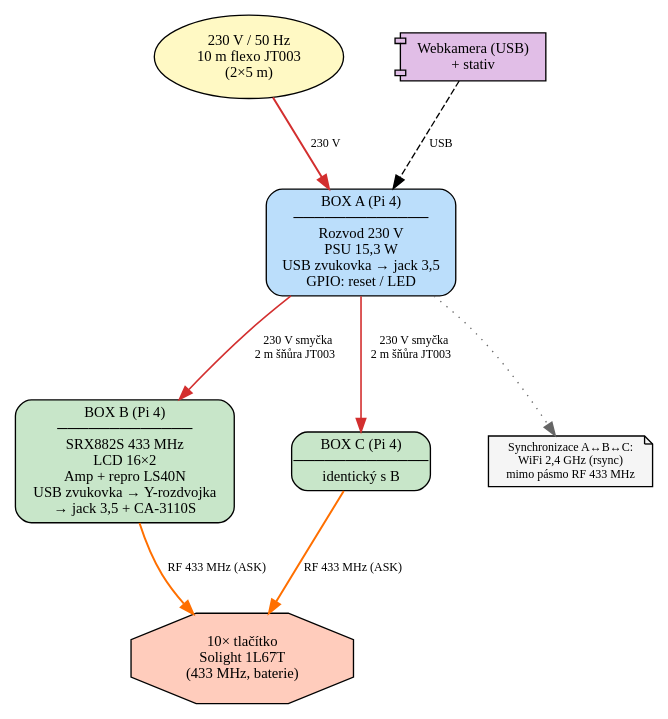
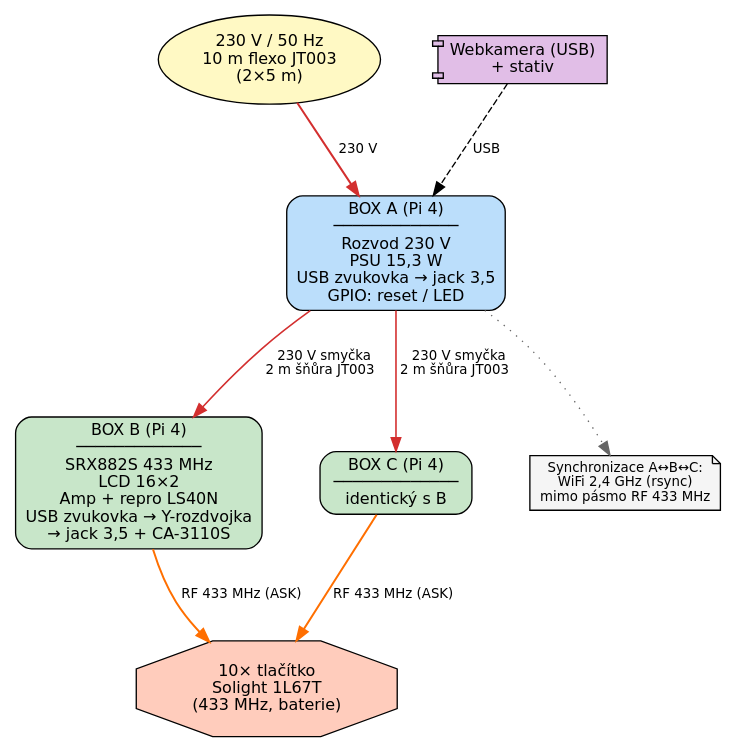
One commit to K0F/1938_ABC changed the diagram in docs/dot/sch_01_system_block.dot. Above: the diagram before and after it, drawn with Graphviz. The commit also changed 20 other files, not shown here.

First line of the commit message:
docs: fix PDF rendering, readable diagram fonts, own PSU per box

```diff
--- a/docs/dot/sch_01_system_block.dot
+++ b/docs/dot/sch_01_system_block.dot
@@ -1,30 +1,30 @@
 // SCH §1 — Blokové schéma systému
 digraph G {
-    graph [fontname="Terminus" rankdir=TB bgcolor="white" nodesep=0.6 ranksep=0.8];
-node [fontname="Terminus" fontsize=11 style="filled"];
-edge [fontname="Terminus" fontsize=9];
+    graph [fontname="DejaVu Sans" rankdir=TB bgcolor="white" nodesep=0.6 ranksep=0.8];
+node [fontname="DejaVu Sans" fontsize=12 style="filled"];
+edge [fontname="DejaVu Sans" fontsize=10];
 
 // 230V source
 net230v [label="230 V / 50 Hz\n10 m flexo JT003\n(2×5 m)" shape=oval fillcolor="#fff9c4"];
 
 // Boxes
 boxA [label="BOX A (Pi 4)\n─────────────\nRozvod 230 V\nPSU 15,3 W\nUSB zvukovka → jack 3,5\nGPIO: reset / LED" shape=box style="filled,rounded" fillcolor="#bbdefb"];
 boxB [label="BOX B (Pi 4)\n─────────────\nSRX882S 433 MHz\nLCD 16×2\nAmp + repro LS40N\nUSB zvukovka → Y-rozdvojka\n→ jack 3,5 + CA-3110S" shape=box style="filled,rounded" fillcolor="#c8e6c9"];
 boxC [label="BOX C (Pi 4)\n─────────────\nidentický s B" shape=box style="filled,rounded" fillcolor="#c8e6c9"];
 
 // Peripherals
 webkamera [label="Webkamera (USB)\n+ stativ" shape=component fillcolor="#e1bee7"];
 tlačítka [label="10× tlačítko\nSolight 1L67T\n(433 MHz, baterie)" shape=octagon fillcolor="#ffccbc"];
 
 // Edges
 net230v -> boxA [label="  230 V  " color="#d32f2f" penwidth=1.5];
 boxA -> boxB [label="  230 V smyčka\n  2 m šňůra JT003  " color="#d32f2f" penwidth=1.2];
 boxA -> boxC [label="  230 V smyčka\n  2 m šňůra JT003  " color="#d32f2f" penwidth=1.2];
 webkamera -> boxA [label="  USB  " style=dashed];
 boxB -> tlačítka [label="  RF 433 MHz (ASK)  " color="#ff6f00" penwidth=1.5 style=bold];
 boxC -> tlačítka [label="  RF 433 MHz (ASK)  " color="#ff6f00" penwidth=1.5 style=bold];
 
 // Sync note
-sync [label="Synchronizace A↔B↔C:\nWiFi 2,4 GHz (rsync)\nmimo pásmo RF 433 MHz" shape=note fillcolor="#f5f5f5" fontsize=9];
+sync [label="Synchronizace A↔B↔C:\nWiFi 2,4 GHz (rsync)\nmimo pásmo RF 433 MHz" shape=note fillcolor="#f5f5f5" fontsize=10];
 boxA -> sync [style=dotted color="#666666"];
 }
```
